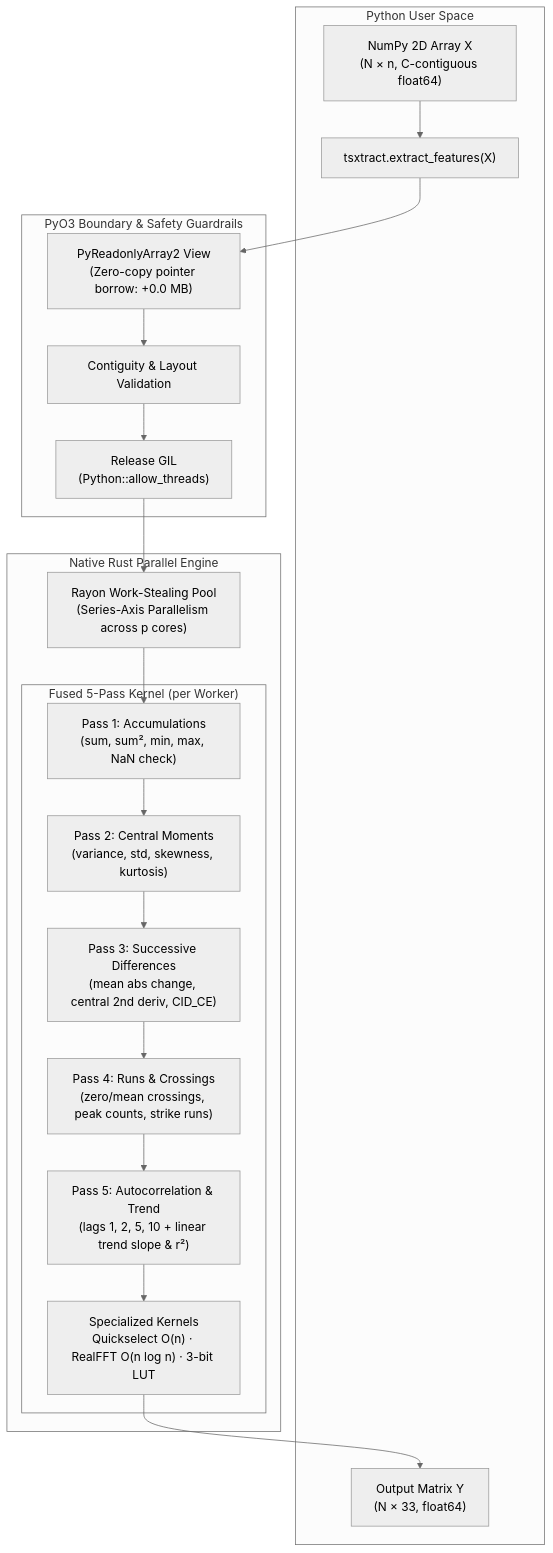
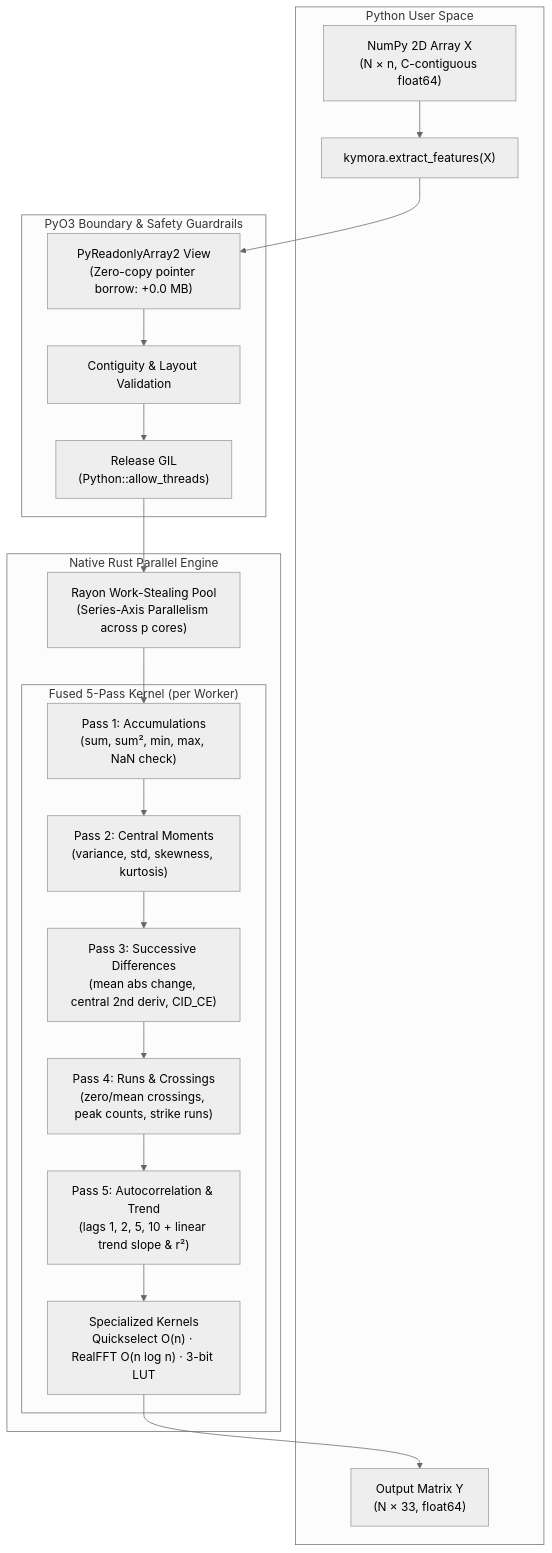
One commit to Aamodx6/Kymora changed the diagram in landing/src/docs/content/performance.md. Above: the diagram before and after it, drawn with Mermaid (neutral theme). The commit also changed other lines of this file and 132 other files, not shown here.

First line of the commit message:
feat(rename-kymora): Phase 4 scripted rename tsxtract -> Kymora (bare name, 0.7.0)

````diff
--- a/landing/src/docs/content/performance.md
+++ b/landing/src/docs/content/performance.md
@@ -31,31 +31,31 @@
 ```mermaid
 flowchart TD
     subgraph PY["Python User Space"]
         INPUT["NumPy 2D Array X\n(N × n, C-contiguous float64)"]
-        CALL["tsxtract.extract_features(X)"]
+        CALL["kymora.extract_features(X)"]
         OUTPUT["Output Matrix Y\n(N × 33, float64)"]
     end
 
     subgraph FFI["PyO3 Boundary & Safety Guardrails"]
         BORROW["PyReadonlyArray2 View\n(Zero-copy pointer borrow: +0.0 MB)"]
         CHECK["Contiguity & Layout Validation"]
         DETACH["Release GIL\n(Python::allow_threads)"]
     end
 
     subgraph CORE["Native Rust Parallel Engine"]
         RAYON["Rayon Work-Stealing Pool\n(Series-Axis Parallelism across p cores)"]
         
         subgraph KERNEL["Fused 5-Pass Kernel (per Worker)"]
             P1["Pass 1: Accumulations\n(sum, sum², min, max, NaN check)"]
             P2["Pass 2: Central Moments\n(variance, std, skewness, kurtosis)"]
             P3["Pass 3: Successive Differences\n(mean abs change, central 2nd deriv, CID_CE)"]
             P4["Pass 4: Runs & Crossings\n(zero/mean crossings, peak counts, strike runs)"]
             P5["Pass 5: Autocorrelation & Trend\n(lags 1, 2, 5, 10 + linear trend slope & r²)"]
             SPEC["Specialized Kernels\nQuickselect O(n) · RealFFT O(n log n) · 3-bit LUT"]
         end
     end
 
     INPUT --> CALL --> BORROW --> CHECK --> DETACH --> RAYON
     RAYON --> P1 --> P2 --> P3 --> P4 --> P5 --> SPEC
     SPEC --> OUTPUT
 ```
````
